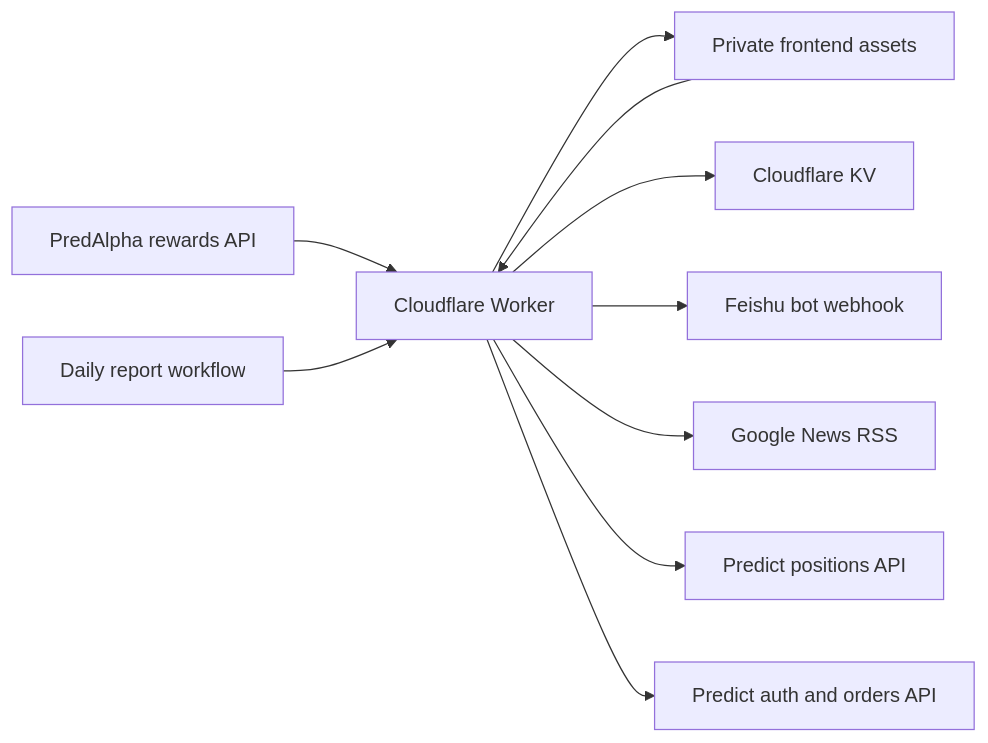
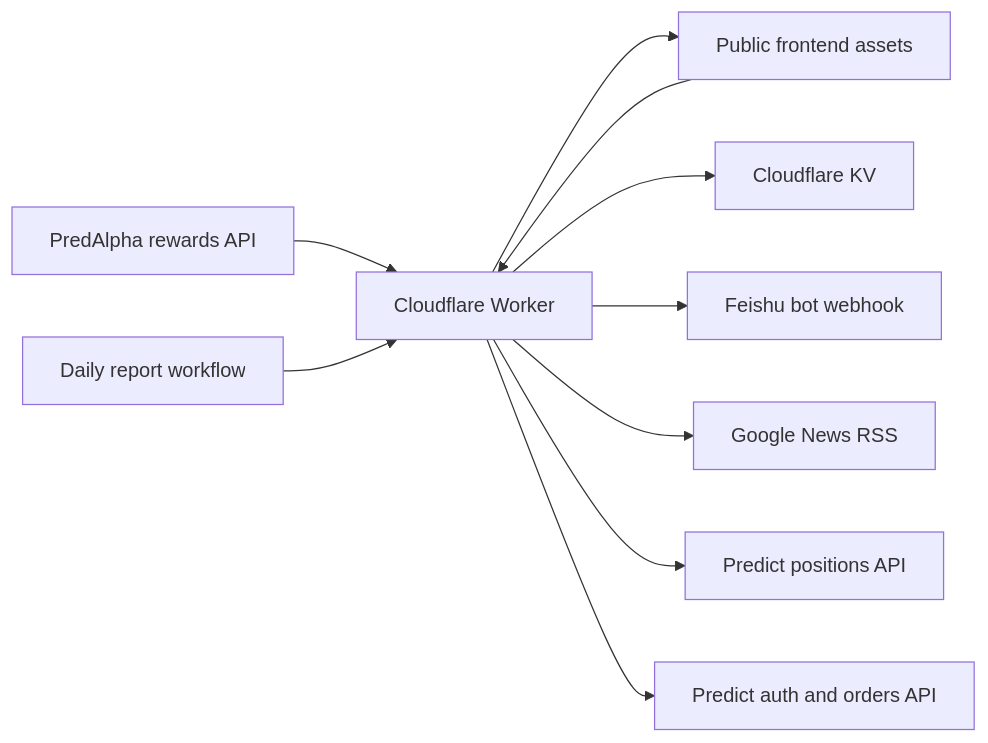
One commit to aihuman750/predict changed the diagram in docs/architecture.md. Above: the diagram before and after it, drawn with Mermaid. The commit also changed other lines of this file and 7 other files, not shown here.

````diff
--- a/docs/architecture.md
+++ b/docs/architecture.md
@@ -11,12 +11,12 @@
 ```mermaid
 flowchart LR
   A["PredAlpha rewards API"] --> E["Cloudflare Worker"]
-  D["Private frontend assets"] --> E
+  D["Public frontend assets"] --> E
   E --> D
   E --> F["Cloudflare KV"]
   E --> G["Feishu bot webhook"]
   E --> H["Google News RSS"]
   E --> J["Predict positions API"]
   E --> K["Predict auth and orders API"]
   I["Daily report workflow"] --> E
 ```
````
